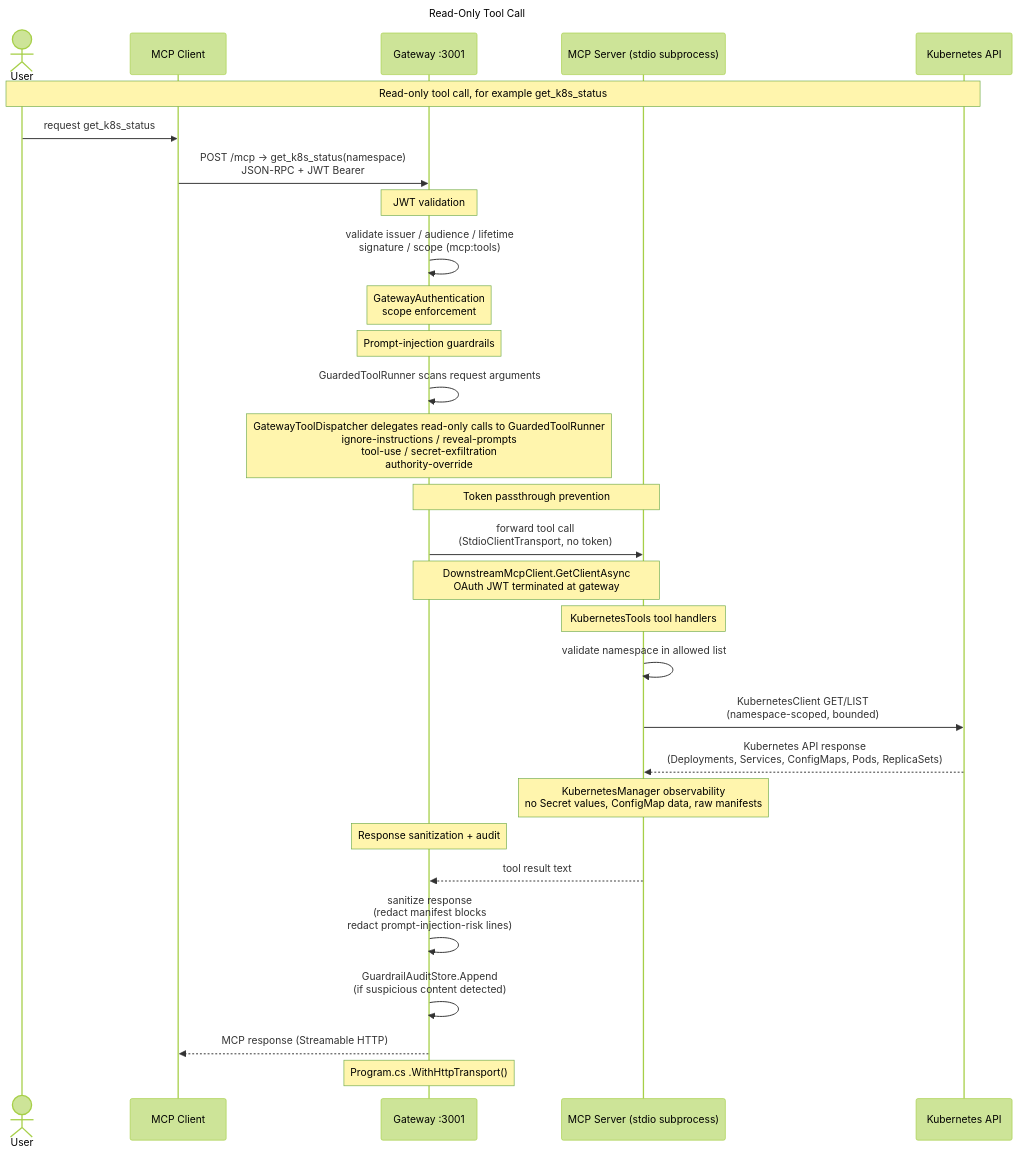
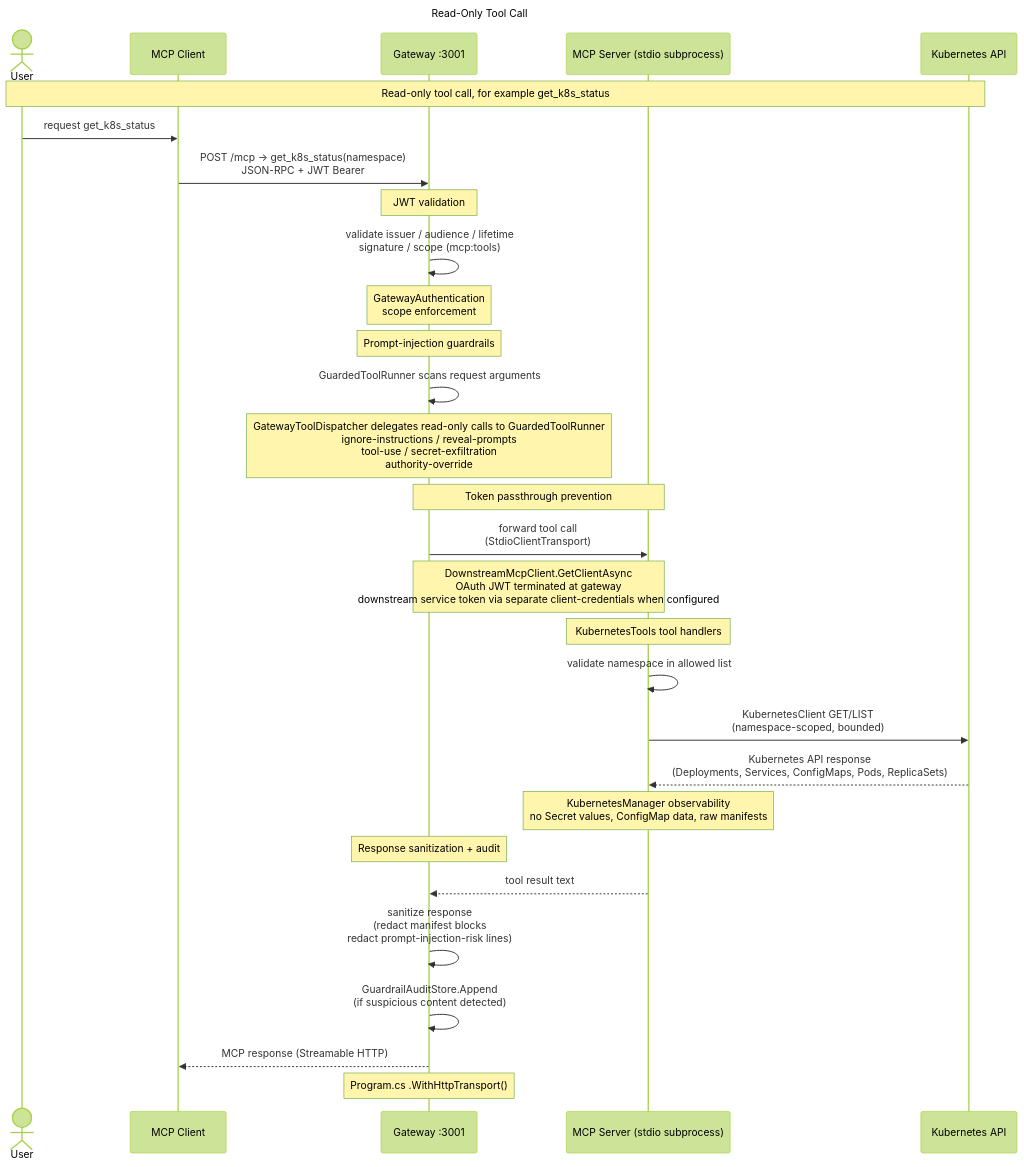
Before and after one commit to mirusser/Kubernetes-MCP-Guard: the third of 7 diagrams in docs/architecture.md, drawn with Mermaid (forest theme). The commit also changed other lines of this file and 24 other files, not shown here.

Commit message:
fix: downstream mcp stdio workaround

````diff
--- a/docs/architecture.md
+++ b/docs/architecture.md
@@ -139,42 +139,42 @@
 ```mermaid
 ---
 title: Read-Only Tool Call
 ---
 sequenceDiagram
     actor User
     participant Client as MCP Client
     participant GW as Gateway :3001
     participant Svr as MCP Server (stdio subprocess)
     participant K8s as Kubernetes API
 
     Note over User,K8s: Read-only tool call, for example get_k8s_status
 
     User->>Client: request get_k8s_status
     Client->>GW: POST /mcp -> get_k8s_status(namespace)<br/>JSON-RPC + JWT Bearer
 
     Note over GW: JWT validation
     GW->>GW: validate issuer / audience / lifetime<br/>signature / scope (mcp:tools)
     Note over GW: GatewayAuthentication<br/>scope enforcement
 
     Note over GW: Prompt-injection guardrails
     GW->>GW: GuardedToolRunner scans request arguments
     Note over GW: GatewayToolDispatcher delegates read-only calls to GuardedToolRunner<br/>ignore-instructions / reveal-prompts<br/>tool-use / secret-exfiltration<br/>authority-override
 
     Note over GW,Svr: Token passthrough prevention
-    GW->>Svr: forward tool call<br/>(StdioClientTransport, no token)
-    Note over GW,Svr: DownstreamMcpClient.GetClientAsync<br/>OAuth JWT terminated at gateway
+    GW->>Svr: forward tool call<br/>(StdioClientTransport)
+    Note over GW,Svr: DownstreamMcpClient.GetClientAsync<br/>OAuth JWT terminated at gateway<br/>downstream service token via separate client-credentials when configured
 
     Note over Svr: KubernetesTools tool handlers
     Svr->>Svr: validate namespace in allowed list
     Svr->>K8s: KubernetesClient GET/LIST<br/>(namespace-scoped, bounded)
     K8s-->>Svr: Kubernetes API response<br/>(Deployments, Services, ConfigMaps, Pods, ReplicaSets)
     Note over Svr: KubernetesManager observability<br/>no Secret values, ConfigMap data, raw manifests
 
     Note over GW: Response sanitization + audit
     Svr-->>GW: tool result text
     GW->>GW: sanitize response<br/>(redact manifest blocks<br/>redact prompt-injection-risk lines)
     GW->>GW: GuardrailAuditStore.Append<br/>(if suspicious content detected)
 
     GW-->>Client: MCP response (Streamable HTTP)
     Note over GW: Program.cs .WithHttpTransport()
 ```
````
